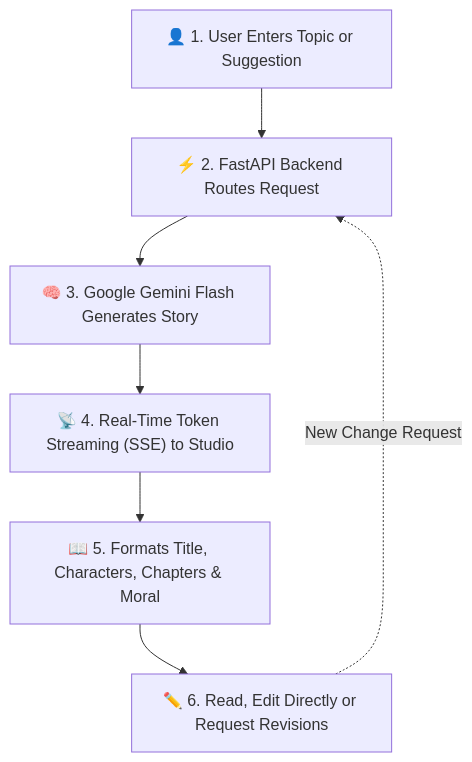
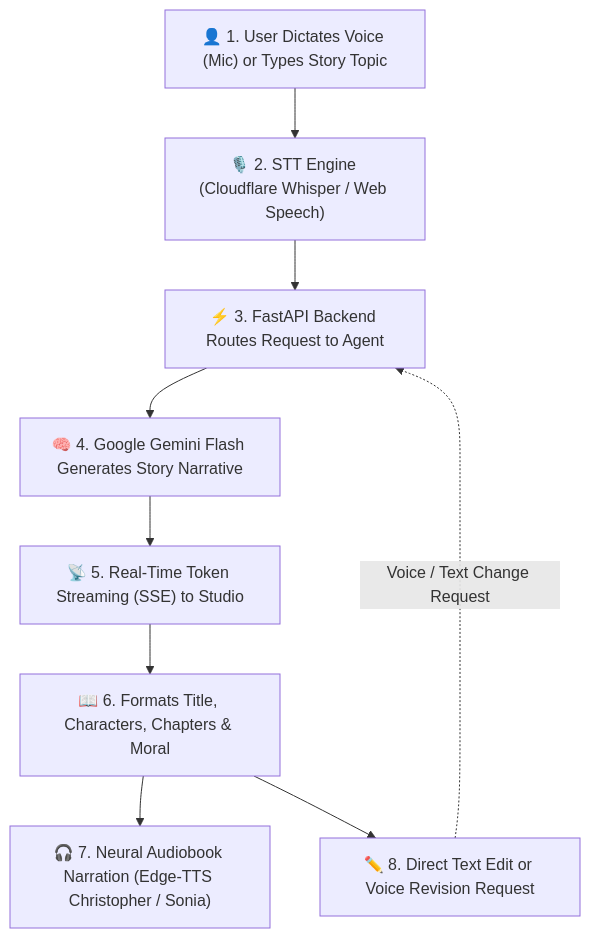
Before and after one commit to caffeicsatyam/BOT_PROJECTS: the first of 4 diagrams in DFD_DIAGRAMS.md, drawn with Mermaid. The commit also changed other lines of this file and 1 other file, not shown here.

Commit message:
Update: TTS and STT diagram updated

````diff
--- a/DFD_DIAGRAMS.md
+++ b/DFD_DIAGRAMS.md
@@ -13,9 +15,11 @@
 ```mermaid
 flowchart TD
-    A["👤 1. User Enters Topic or Suggestion"] --> B["⚡ 2. FastAPI Backend Routes Request"]
-    B --> C["🧠 3. Google Gemini Flash Generates Story"]
-    C --> D["📡 4. Real-Time Token Streaming (SSE) to Studio"]
-    D --> E["📖 5. Formats Title, Characters, Chapters & Moral"]
-    E --> F["✏️ 6. Read, Edit Directly or Request Revisions"]
-    F -.->|New Change Request| B
+    A["👤 1. User Dictates Voice (Mic) or Types Story Topic"] --> B["🎙️ 2. STT Engine (Cloudflare Whisper / Web Speech)"]
+    B --> C["⚡ 3. FastAPI Backend Routes Request to Agent"]
+    C --> D["🧠 4. Google Gemini Flash Generates Story Narrative"]
+    D --> E["📡 5. Real-Time Token Streaming (SSE) to Studio"]
+    E --> F["📖 6. Formats Title, Characters, Chapters & Moral"]
+    F --> G["🎧 7. Neural Audiobook Narration (Edge-TTS Christopher / Sonia)"]
+    F --> H["✏️ 8. Direct Text Edit or Voice Revision Request"]
+    H -.->|Voice / Text Change Request| C
 ```
````
